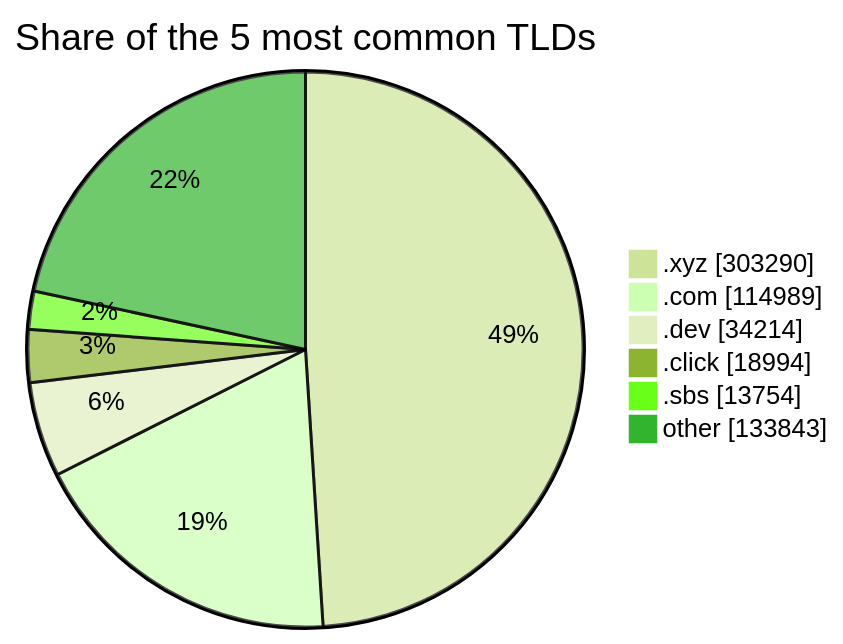
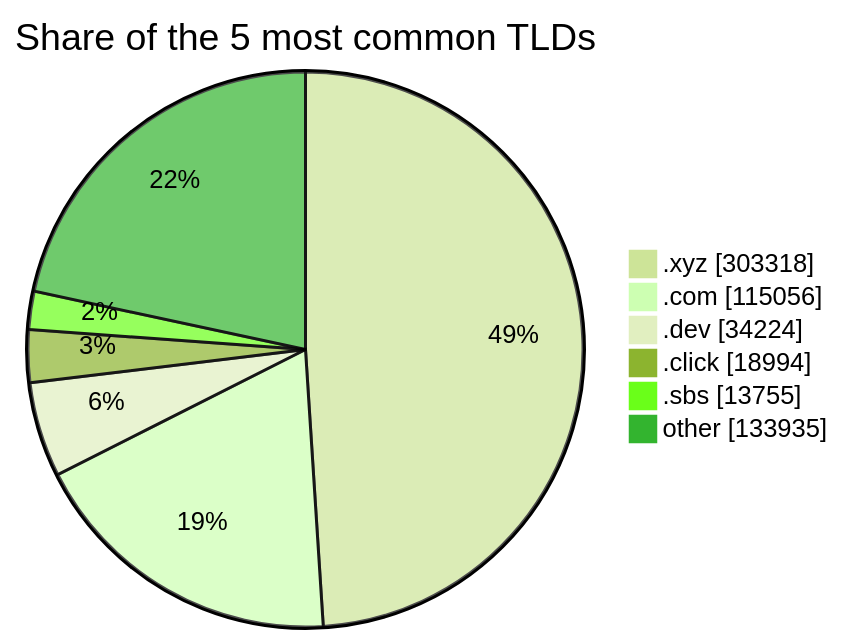
The third of 3 diagrams in README.md (DNSBunker/CTI), drawn with Mermaid (forest theme) before and after one commit. The commit also changed other lines of this file and 3 other files, not shown here.

````diff
--- a/README.md
+++ b/README.md
@@ -81,9 +81,9 @@
 ```mermaid
 pie showData title Share of the 5 most common TLDs
-    ".xyz" : 303290
-    ".com" : 114989
-    ".dev" : 34214
+    ".xyz" : 303318
+    ".com" : 115056
+    ".dev" : 34224
     ".click" : 18994
-    ".sbs" : 13754
-    "other" : 133843
+    ".sbs" : 13755
+    "other" : 133935
 ```
````
